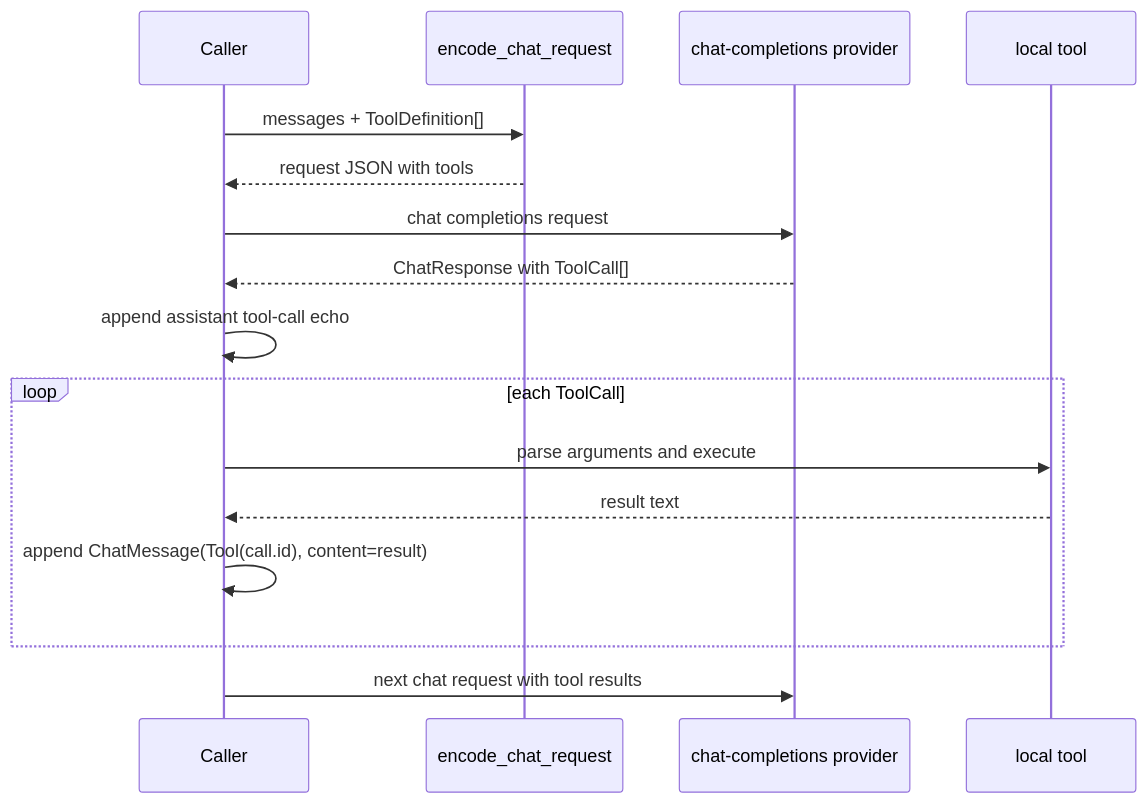
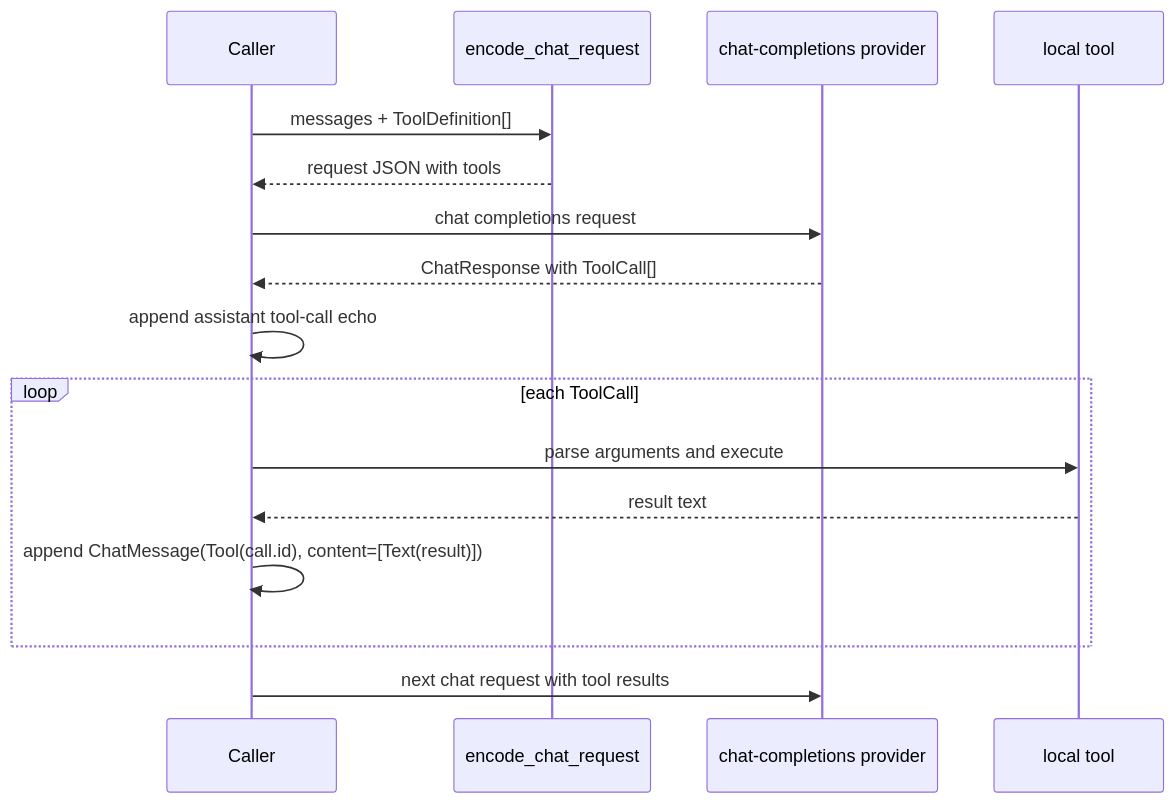
One commit to Betterlol/openseek changed the fourth of 4 diagrams in deepseek/README.mbt.md. Above: the diagram before and after it, drawn with Mermaid. The commit also changed other lines of this file and 39 other files, not shown here.

````diff
--- a/deepseek/README.mbt.md
+++ b/deepseek/README.mbt.md
@@ -217,19 +224,19 @@
 ```mermaid
 sequenceDiagram
   participant Caller
   participant Encoder as encode_chat_request
   participant API as chat-completions provider
   participant Tool as local tool
 
   Caller->>Encoder: messages + ToolDefinition[]
   Encoder-->>Caller: request JSON with tools
   Caller->>API: chat completions request
   API-->>Caller: ChatResponse with ToolCall[]
   Caller->>Caller: append assistant tool-call echo
   loop each ToolCall
     Caller->>Tool: parse arguments and execute
     Tool-->>Caller: result text
-    Caller->>Caller: append ChatMessage(Tool(call.id), content=result)
+    Caller->>Caller: append ChatMessage(Tool(call.id), content=[Text(result)])
   end
   Caller->>API: next chat request with tool results
 ```
````
